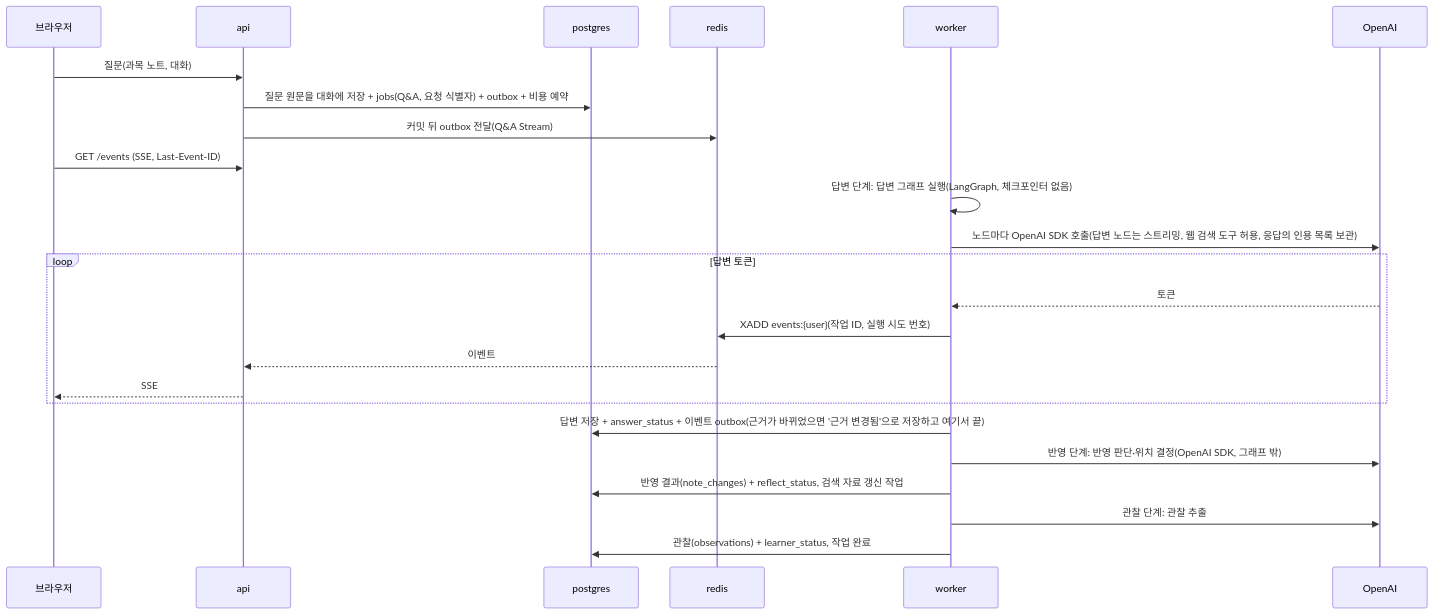
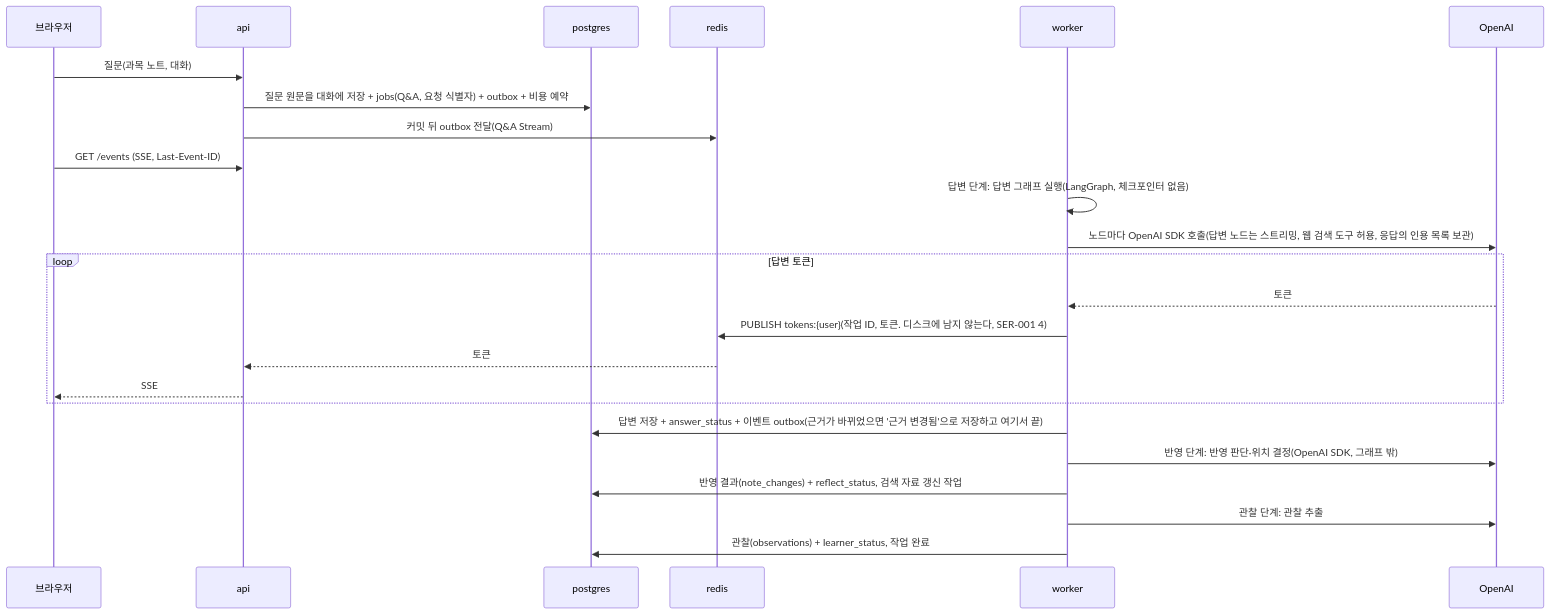
The seventh of 11 diagrams in docs/architecture.md (MinGyu-Kim0/notree), drawn with Mermaid before and after one commit. The commit also changed other lines of this file and 5 other files, not shown here.

````diff
--- a/docs/architecture.md
+++ b/docs/architecture.md
@@ -229,26 +229,26 @@
 ```mermaid
 sequenceDiagram
   participant B as 브라우저
   participant A as api
   participant P as postgres
   participant RD as redis
   participant K as worker
   participant CL as OpenAI
   B->>A: 질문(과목 노트, 대화)
   A->>P: 질문 원문을 대화에 저장 + jobs(Q&A, 요청 식별자) + outbox + 비용 예약
   A->>RD: 커밋 뒤 outbox 전달(Q&A Stream)
   B->>A: GET /events (SSE, Last-Event-ID)
   K->>K: 답변 단계: 답변 그래프 실행(LangGraph, 체크포인터 없음)
   K->>CL: 노드마다 OpenAI SDK 호출(답변 노드는 스트리밍, 웹 검색 도구 허용, 응답의 인용 목록 보관)
   loop 답변 토큰
     CL-->>K: 토큰
-    K->>RD: XADD events:{user}(작업 ID, 실행 시도 번호)
-    RD-->>A: 이벤트
+    K->>RD: PUBLISH tokens:{user}(작업 ID, 토큰. 디스크에 남지 않는다, SER-001 4)
+    RD-->>A: 토큰
     A-->>B: SSE
   end
   K->>P: 답변 저장 + answer_status + 이벤트 outbox(근거가 바뀌었으면 '근거 변경됨'으로 저장하고 여기서 끝)
   K->>CL: 반영 단계: 반영 판단·위치 결정(OpenAI SDK, 그래프 밖)
   K->>P: 반영 결과(note_changes) + reflect_status, 검색 자료 갱신 작업
   K->>CL: 관찰 단계: 관찰 추출
   K->>P: 관찰(observations) + learner_status, 작업 완료
 ```
````
